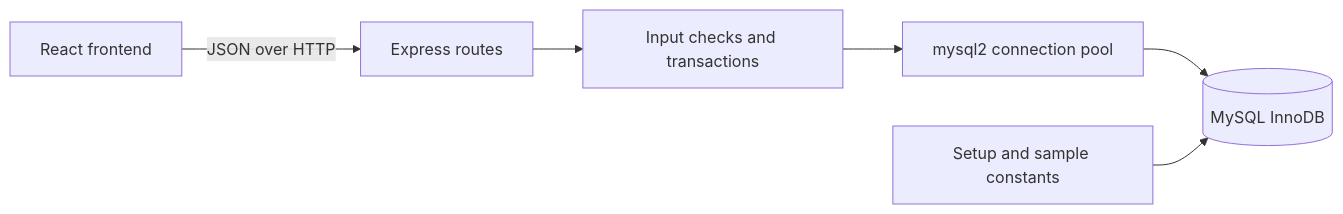
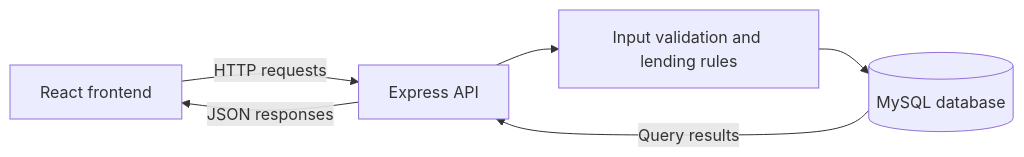
The first of 2 diagrams in README.md (sriram629/campus-lending), drawn with Mermaid before and after one commit. The commit also changed other lines of this file, not shown here.

````diff
--- a/README.md
+++ b/README.md
@@ -254,8 +156,8 @@
 ```mermaid
 flowchart LR
-    UI[React frontend] -->|JSON over HTTP| API[Express routes]
-    API --> VALIDATE[Input checks and transactions]
-    VALIDATE --> POOL[mysql2 connection pool]
-    POOL --> DB[(MySQL InnoDB)]
-    SETUP[Setup and sample constants] --> DB
+    UI[React frontend] -->|HTTP requests| API[Express API]
+    API --> V[Input validation and lending rules]
+    V --> DB[(MySQL database)]
+    DB -->|Query results| API
+    API -->|JSON responses| UI
 ```
````
